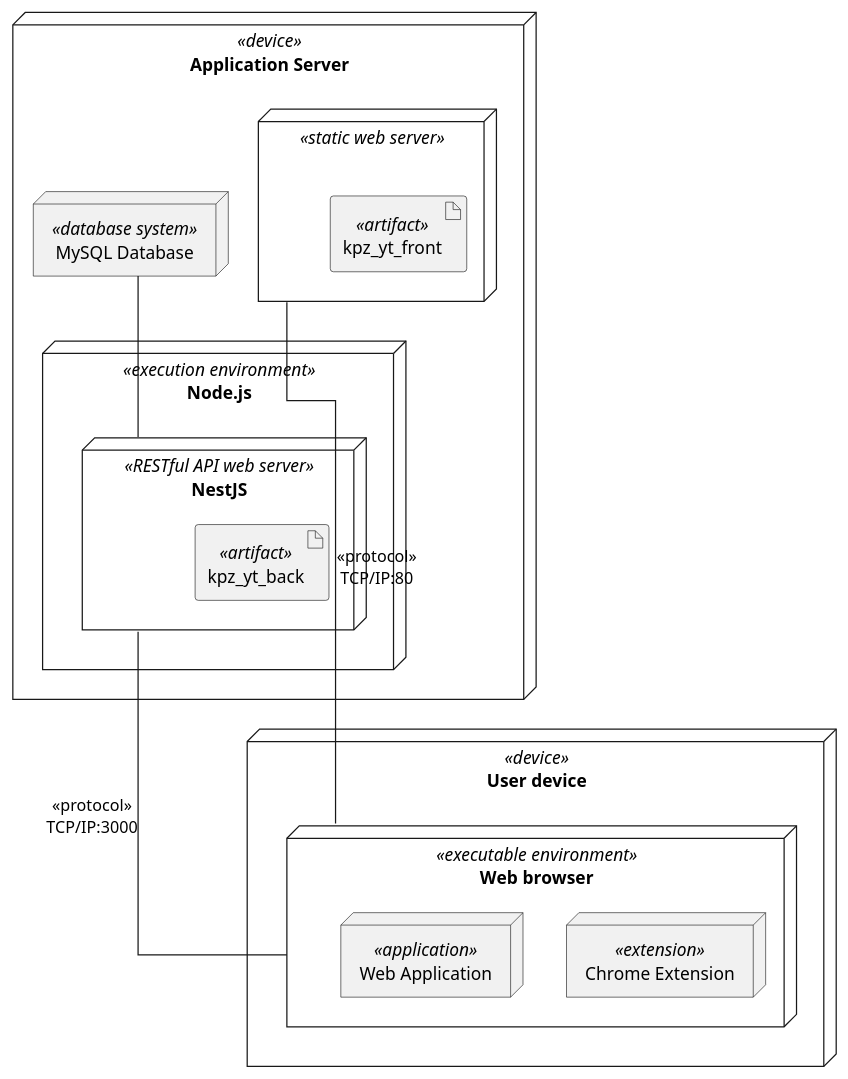
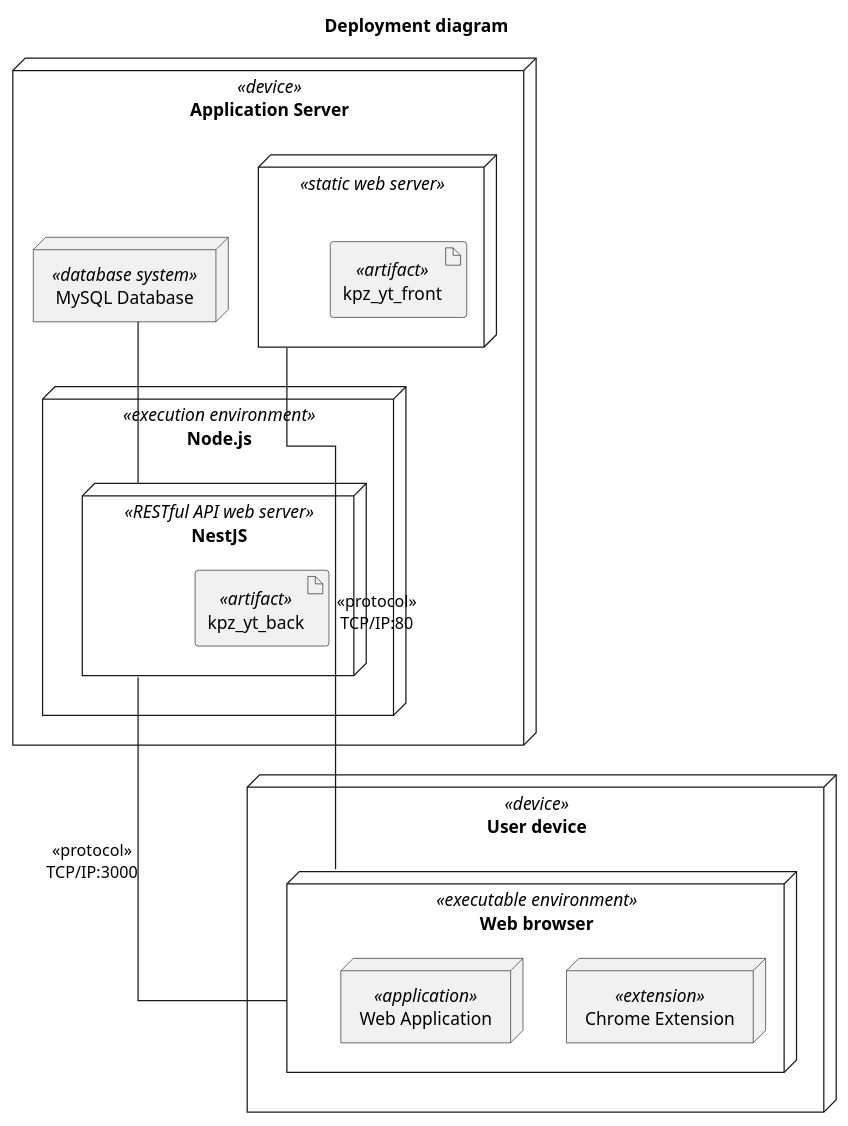
Before and after one commit to angrynerds-pl/kpz-yt-api: the diagram in docs/src/diagrams/src/deployment.pu, drawn with PlantUML. The commit also changed 9 other files, not shown here.

Commit message:
* Diagrams config * Docs * Swagger init * Handle cors

```diff
--- a/docs/src/diagrams/src/deployment.pu
+++ b/docs/src/diagrams/src/deployment.pu
@@ -1,31 +1,31 @@
 @startuml deployment
-
+title Deployment diagram
 top to bottom direction
 skinparam linetype ortho
 
 node "Application Server" <<device>>{
   node "Node.js" as node <<execution environment>>{
     node "NestJS" as rest <<RESTful API web server>>{
       artifact kpz_yt_back <<artifact>>
     }
   }
 
   node " " as static <<static web server>>{
     artifact kpz_yt_front <<artifact>>
   }
 
   node "MySQL Database" as db <<database system>>
 }
 
 node "User device" as user_machine <<device>>{
   node "Web browser" as browser <<executable environment>> {
       node "Chrome Extension" as extension <<extension>>
       node "Web Application" as app <<application>>
   }
 }
 
 static -down- browser: <<protocol>>\nTCP/IP:80
 rest -down- browser: <<protocol>>\nTCP/IP:3000
 rest -up- db
 
 @enduml
```
